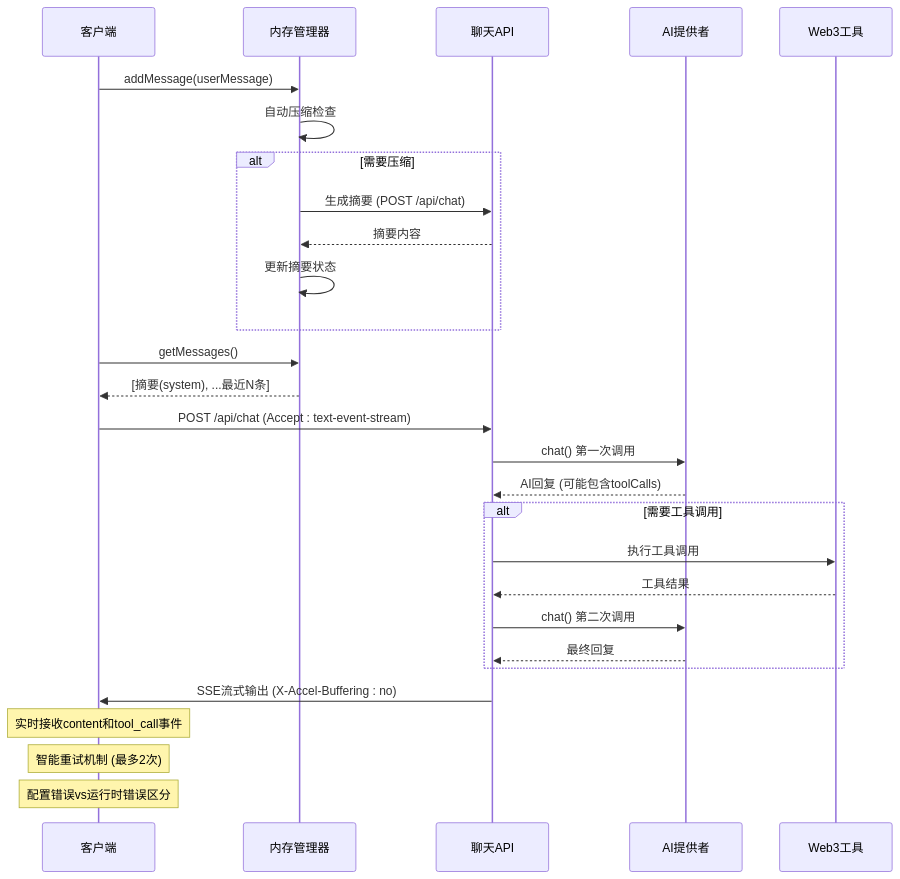
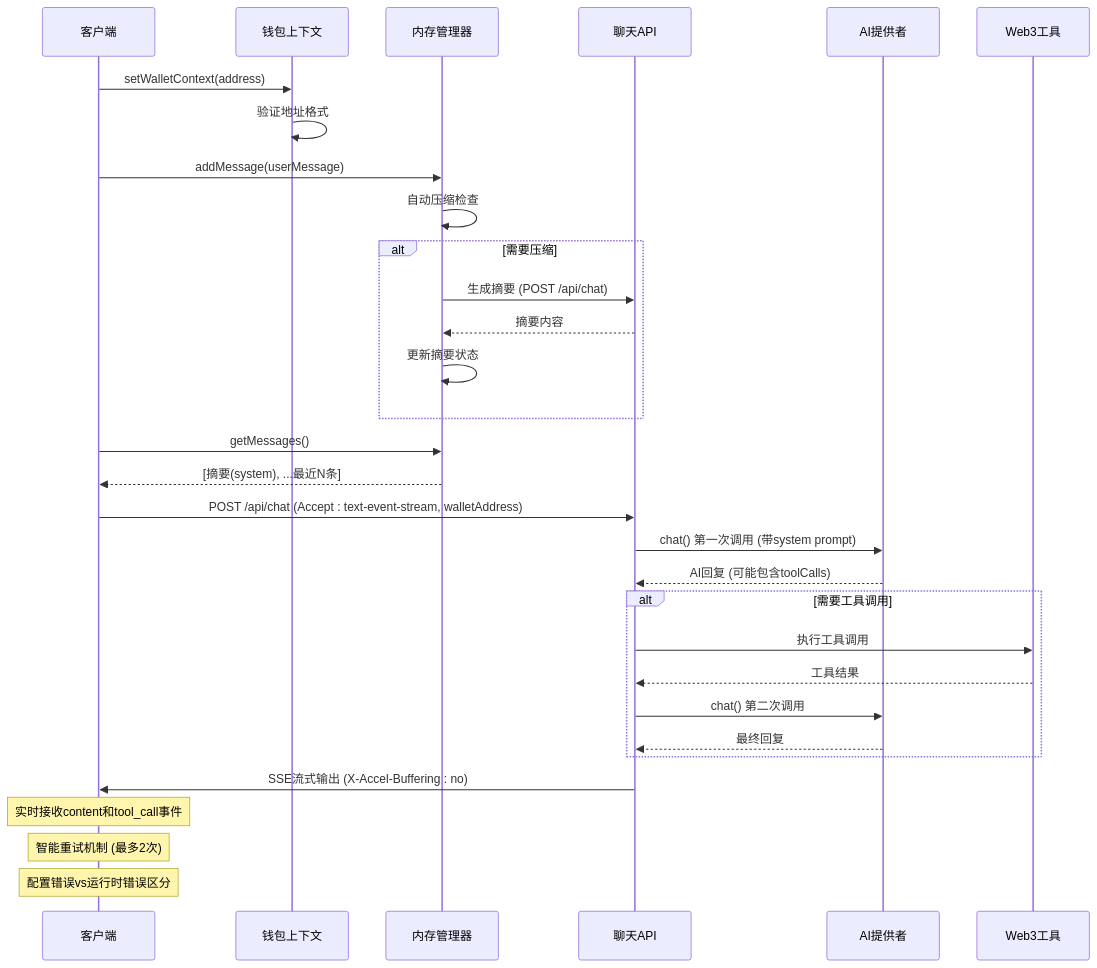
Before and after one commit to CryptoLinxu/Web3-AI-Agent: the second of 27 diagrams in .qoder/repowiki/zh/content/核心技能详解/SSE流式聊天系统.md, drawn with Mermaid. The commit also changed other lines of this file and 11 other files, not shown here.

````diff
--- a/.qoder/repowiki/zh/content/核心技能详解/SSE流式聊天系统.md
+++ b/.qoder/repowiki/zh/content/核心技能详解/SSE流式聊天系统.md
@@ -155,30 +183,33 @@
 ```mermaid
 sequenceDiagram
 participant Client as 客户端
+participant WalletContext as 钱包上下文
 participant MemoryManager as 内存管理器
 participant API as 聊天API
 participant Provider as AI提供者
 participant Tools as Web3工具
+Client->>WalletContext : setWalletContext(address)
+WalletContext->>WalletContext : 验证地址格式
 Client->>MemoryManager : addMessage(userMessage)
 MemoryManager->>MemoryManager : 自动压缩检查
 alt 需要压缩
 MemoryManager->>API : 生成摘要 (POST /api/chat)
 API-->>MemoryManager : 摘要内容
 MemoryManager->>MemoryManager : 更新摘要状态
 end
 Client->>MemoryManager : getMessages()
 MemoryManager-->>Client : [摘要(system), ...最近N条]
-Client->>API : POST /api/chat (Accept : text-event-stream)
-API->>Provider : chat() 第一次调用
+Client->>API : POST /api/chat (Accept : text-event-stream, walletAddress)
+API->>Provider : chat() 第一次调用 (带system prompt)
 Provider-->>API : AI回复 (可能包含toolCalls)
 alt 需要工具调用
 API->>Tools : 执行工具调用
 Tools-->>API : 工具结果
 API->>Provider : chat() 第二次调用
 Provider-->>API : 最终回复
 end
 API->>Client : SSE流式输出 (X-Accel-Buffering : no)
 Note over Client : 实时接收content和tool_call事件
 Note over Client : 智能重试机制 (最多2次)
 Note over Client : 配置错误vs运行时错误区分
 ```
````
